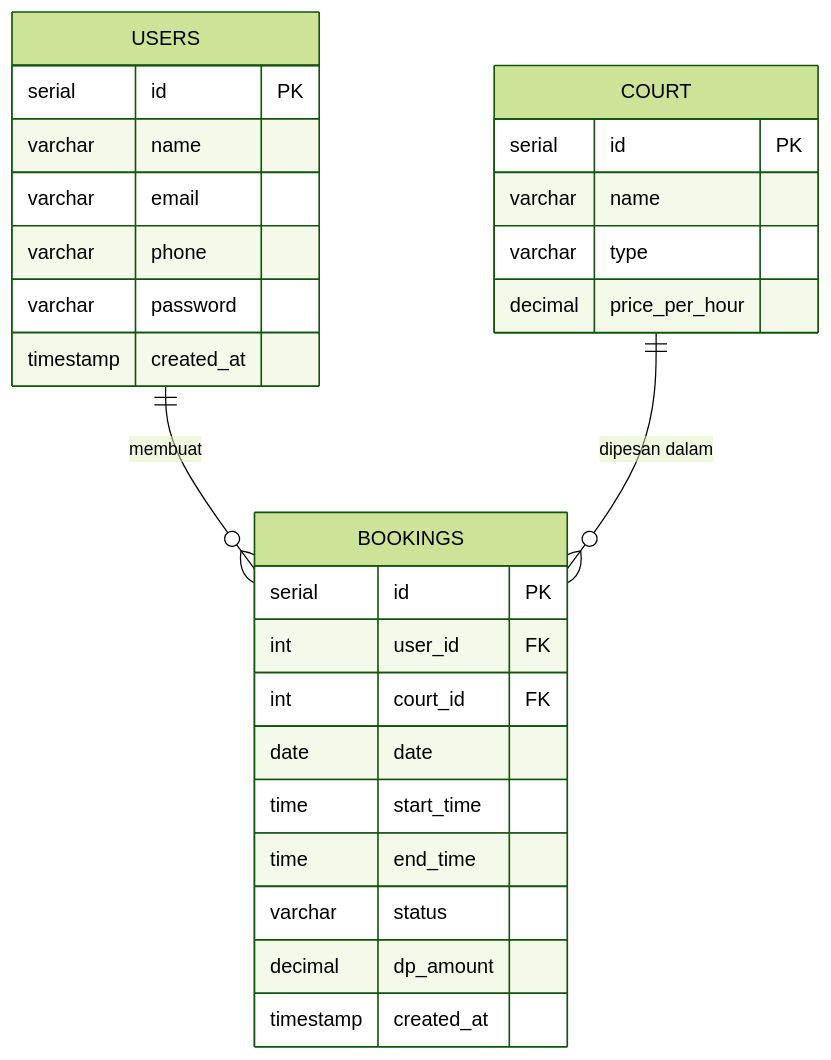
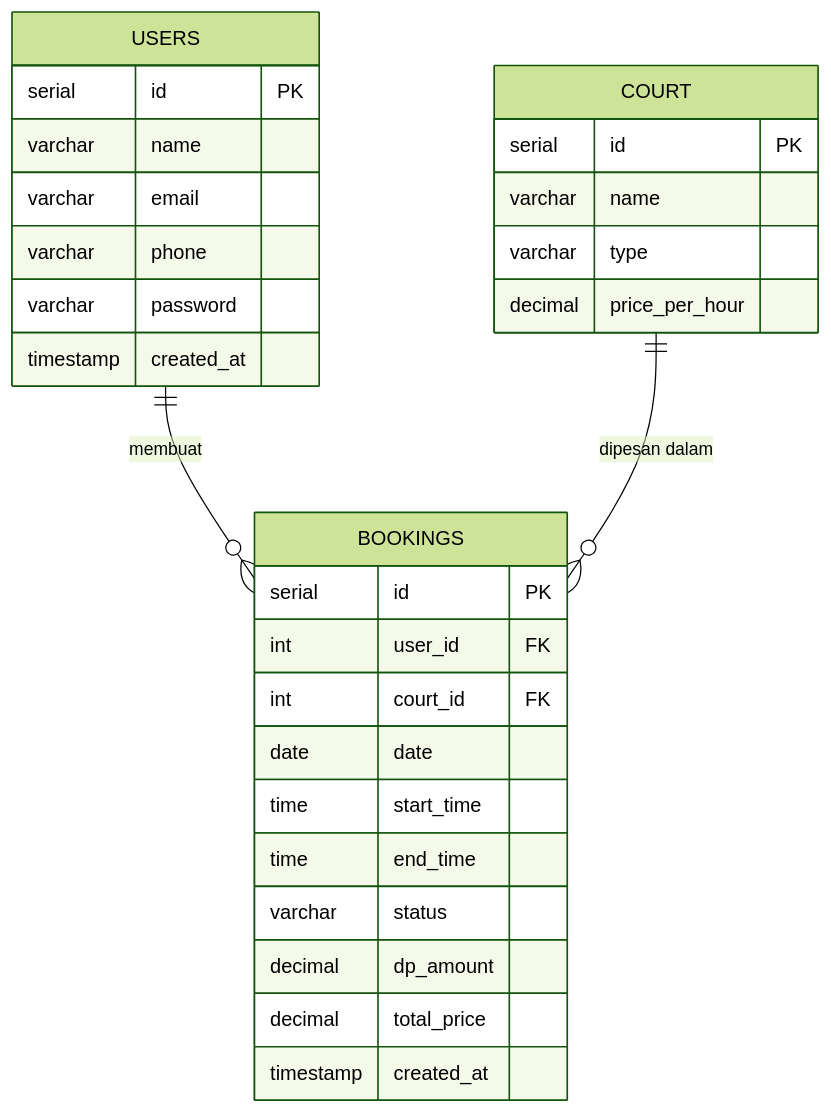
The diagram in dokumen_bnsp/02_ERD_dan_SQL_Script.md (sryxx16/FUTSAL-BNSP), drawn with Mermaid (forest theme) before and after one commit. The commit also changed other lines of this file and 2 other files, not shown here.

Commit message:
Add total_price column to bookings

````diff
--- a/dokumen_bnsp/02_ERD_dan_SQL_Script.md
+++ b/dokumen_bnsp/02_ERD_dan_SQL_Script.md
@@ -16,33 +16,34 @@
 ```mermaid
 erDiagram
     USERS ||--o{ BOOKINGS : "membuat"
     COURT ||--o{ BOOKINGS : "dipesan dalam"
 
     USERS {
         serial id PK
         varchar name
         varchar email
         varchar phone
         varchar password
         timestamp created_at
     }
 
     COURT {
         serial id PK
         varchar name
         varchar type
         decimal price_per_hour
     }
 
     BOOKINGS {
         serial id PK
         int user_id FK
         int court_id FK
         date date
         time start_time
         time end_time
         varchar status
         decimal dp_amount
+        decimal total_price
         timestamp created_at
     }
 ```
````
